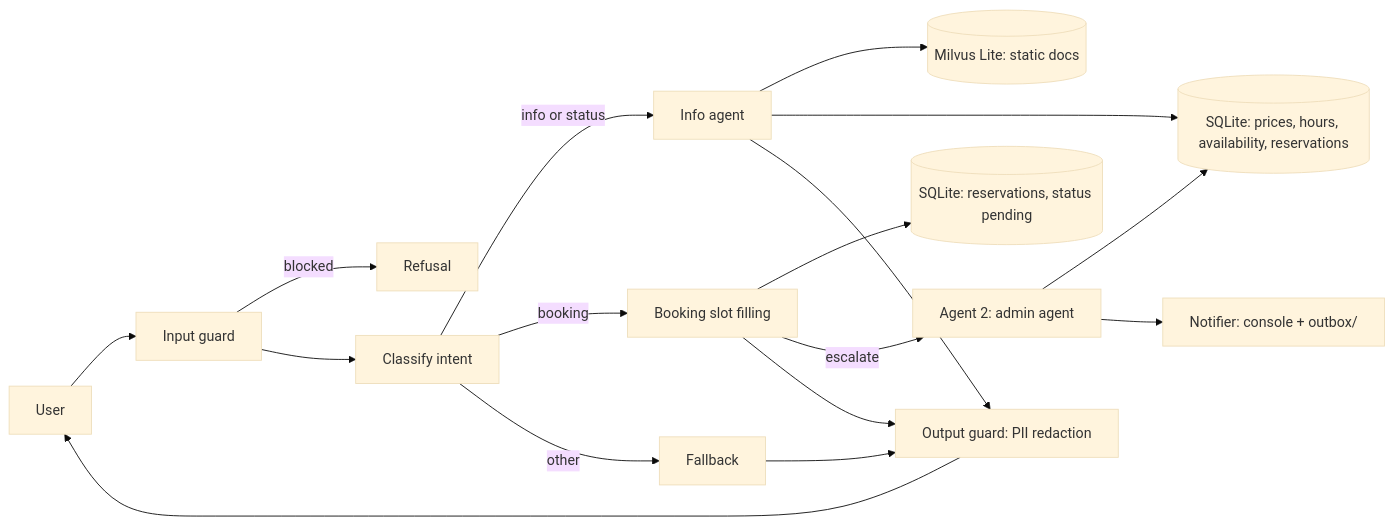
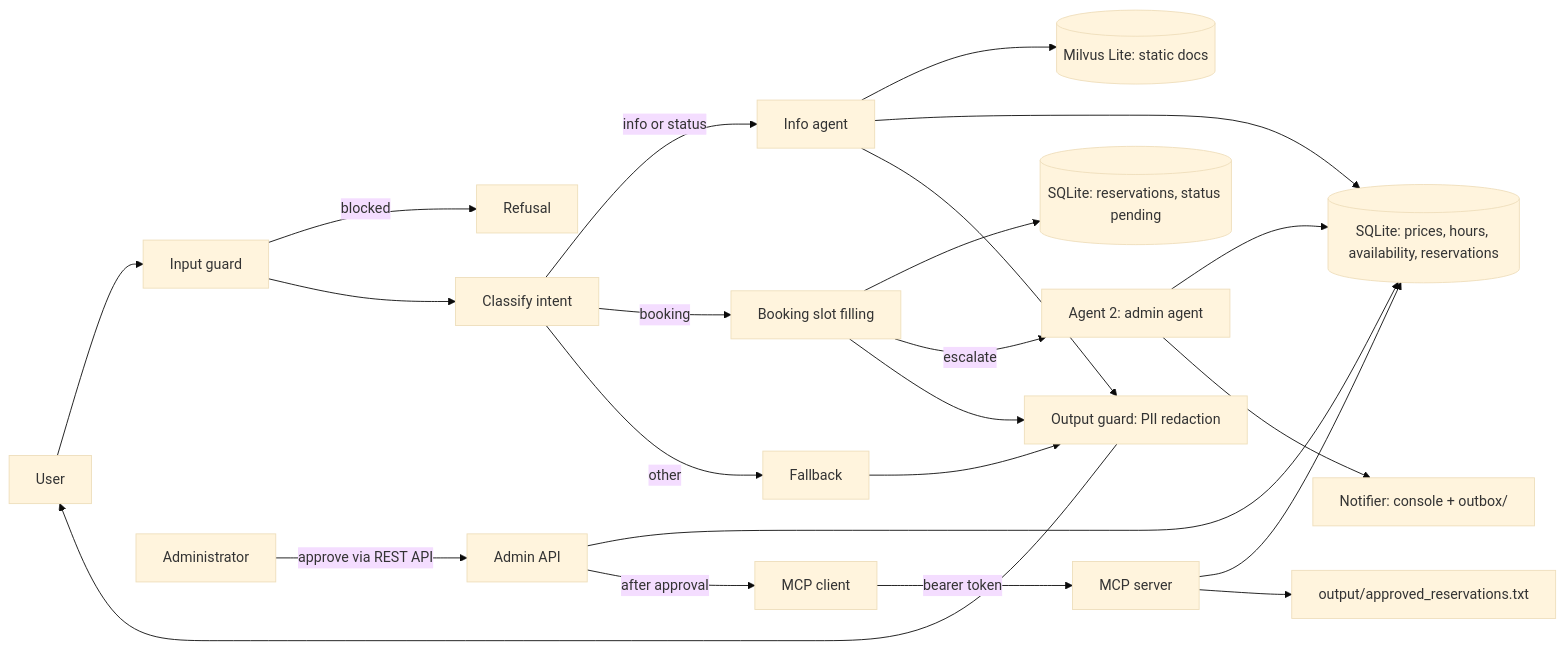
One commit to Sandro-Chopikashvili/Chatbot-for-Parking-Space-Reservation changed the first of 2 diagrams in README.md. Above: the diagram before and after it, drawn with Mermaid (base theme). The commit also changed other lines of this file and 14 other files, not shown here.

````diff
--- a/README.md
+++ b/README.md
@@ -13,19 +16,25 @@
 ```mermaid
 flowchart LR
     U[User] --> IG[Input guard]
     IG -->|blocked| END1[Refusal]
     IG --> CI[Classify intent]
     CI -->|info or status| INFO[Info agent]
     CI -->|booking| BK[Booking slot filling]
     CI -->|other| FB[Fallback]
     INFO --> VDB[(Milvus Lite: static docs)]
     INFO --> SQL[(SQLite: prices, hours, availability, reservations)]
     BK --> RES[(SQLite: reservations, status pending)]
     BK -->|escalate| A2[Agent 2: admin agent]
     A2 --> SQL
     A2 --> NOTIF[Notifier: console + outbox/]
+    ADM[Administrator] -->|approve via REST API| API[Admin API]
+    API --> SQL
+    API -->|after approval| MCPC[MCP client]
+    MCPC -->|bearer token| MCPS[MCP server]
+    MCPS --> SQL
+    MCPS --> FILE[output/approved_reservations.txt]
     INFO --> OG[Output guard: PII redaction]
     BK --> OG
     FB --> OG
     OG --> U
 ```
````
